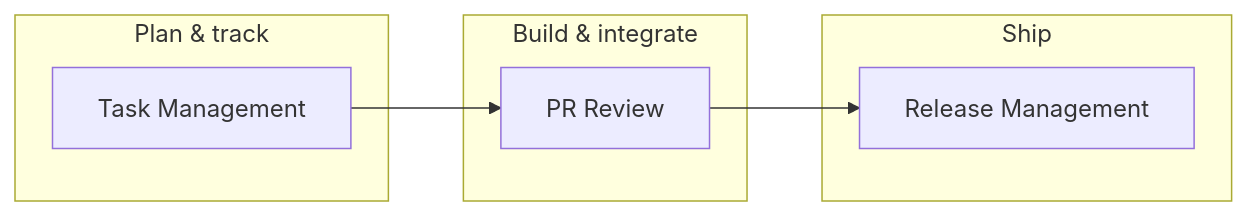
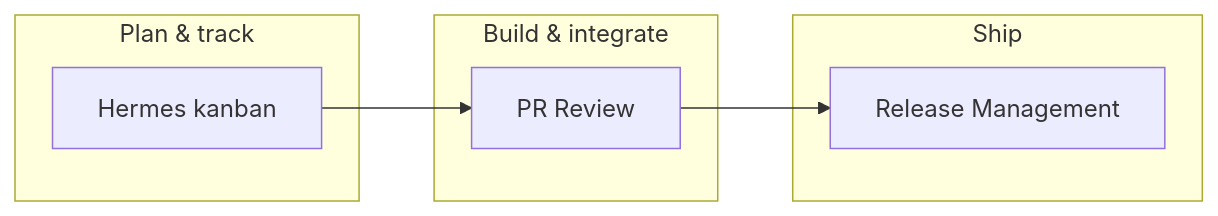
Before and after one commit to emadpoursina/agenticCoding: the diagram in AiNative/README.md, drawn with Mermaid. The commit also changed other lines of this file and 25 other files, not shown here.

````diff
--- a/AiNative/README.md
+++ b/AiNative/README.md
@@ -38,13 +37,13 @@
 ```mermaid
 flowchart LR
   subgraph plan["Plan & track"]
-    T[Task Management]
+    T[Hermes kanban]
   end
   subgraph build["Build & integrate"]
     P[PR Review]
   end
   subgraph ship["Ship"]
     R[Release Management]
   end
   T --> P --> R
 ```
````
